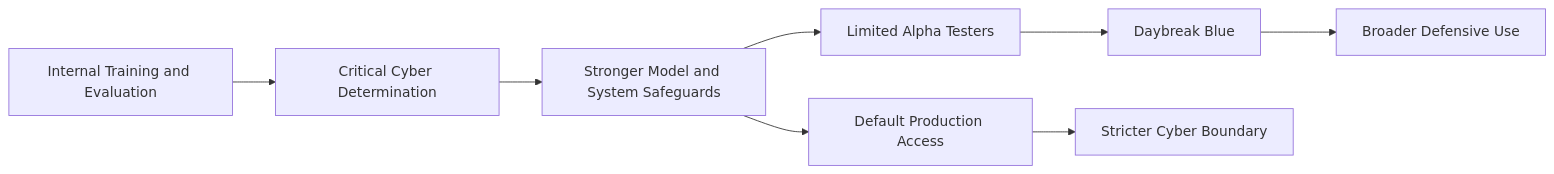
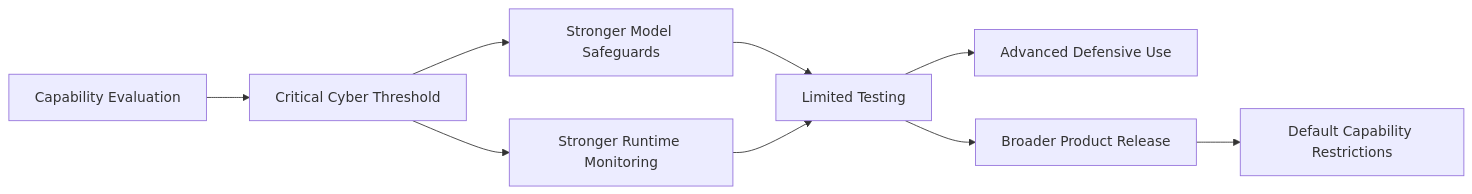
Before and after one commit to wlf186/ai-daily-headlines: diagram 14 of 24 in 260902.md, drawn with Mermaid. The commit also changed other lines of this file, not shown here.

````diff
--- a/260902.md
+++ b/260902.md
@@ -778,10 +828,11 @@
 ```mermaid
 flowchart LR
-    AA1[Internal Training and Evaluation] --> AA2[Critical Cyber Determination]
-    AA2 --> AA3[Stronger Model and System Safeguards]
-    AA3 --> AA4[Limited Alpha Testers]
-    AA4 --> AA5[Daybreak Blue]
-    AA5 --> AA6[Broader Defensive Use]
-    AA3 --> AA7[Default Production Access]
-    AA7 --> AA8[Stricter Cyber Boundary]
+    AR1[Capability Evaluation] --> AR2[Critical Cyber Threshold]
+    AR2 --> AR3[Stronger Model Safeguards]
+    AR2 --> AR4[Stronger Runtime Monitoring]
+    AR3 --> AR5[Limited Testing]
+    AR4 --> AR5
+    AR5 --> AR6[Advanced Defensive Use]
+    AR5 --> AR7[Broader Product Release]
+    AR7 --> AR8[Default Capability Restrictions]
 ```
````
